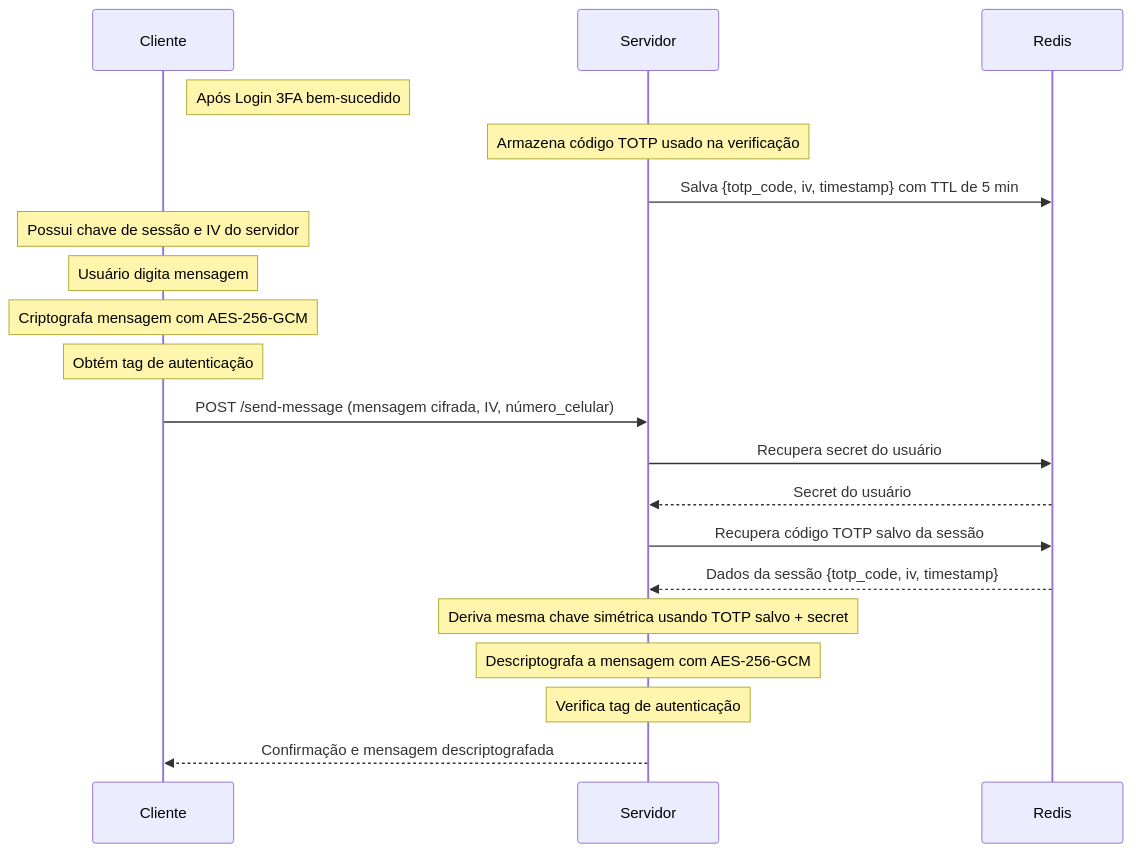
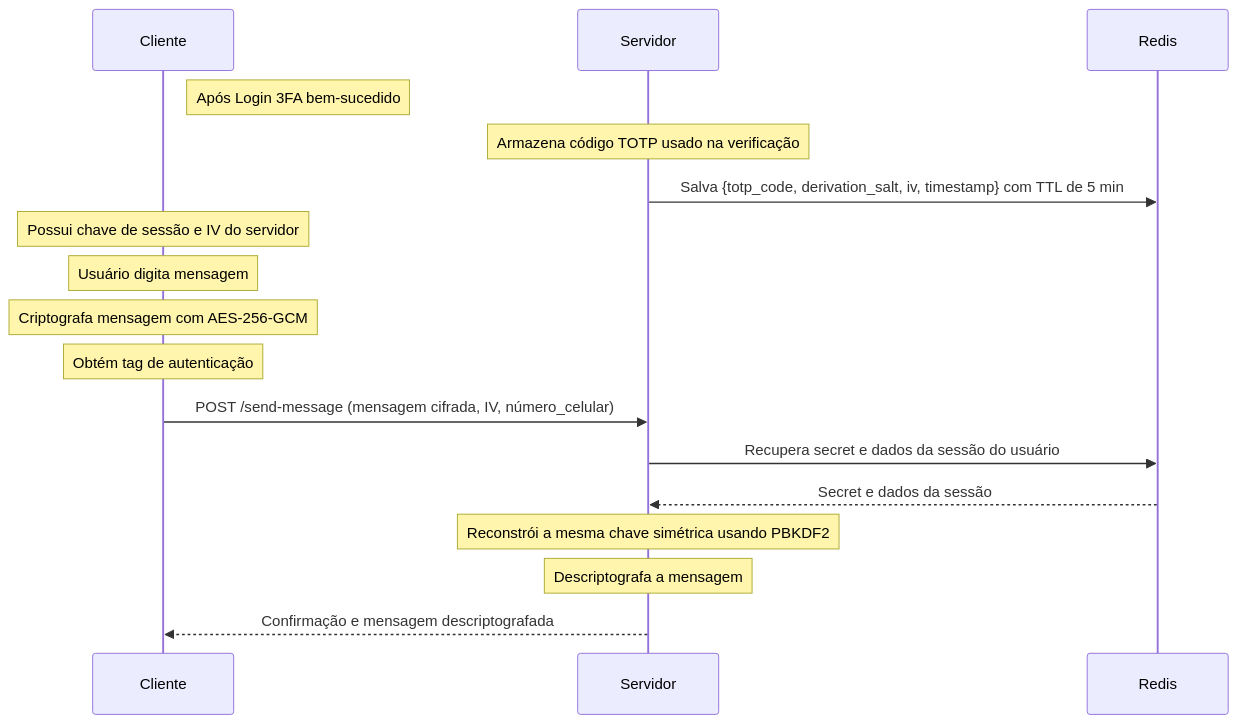
Before and after one commit to lgahdl/3fa-server-and-client: the third of 3 diagrams in README.md, drawn with Mermaid. The commit also changed other lines of this file and 4 other files, not shown here.

````diff
--- a/README.md
+++ b/README.md
@@ -229,32 +226,27 @@
 ```mermaid
 sequenceDiagram
     participant Cliente
     participant Servidor
     participant Redis
 
     Note right of Cliente: Após Login 3FA bem-sucedido
 
     Note over Servidor: Armazena código TOTP usado na verificação
-    Servidor->>Redis: Salva {totp_code, iv, timestamp} com TTL de 5 min
+    Servidor->>Redis: Salva {totp_code, derivation_salt, iv, timestamp} com TTL de 5 min
     
     Note over Cliente: Possui chave de sessão e IV do servidor
     Note over Cliente: Usuário digita mensagem
     
     Note over Cliente: Criptografa mensagem com AES-256-GCM
     Note over Cliente: Obtém tag de autenticação
     
     Cliente->>Servidor: POST /send-message (mensagem cifrada, IV, número_celular)
     
-    Servidor->>Redis: Recupera secret do usuário
-    Redis-->>Servidor: Secret do usuário
+    Servidor->>Redis: Recupera secret e dados da sessão do usuário
+    Redis-->>Servidor: Secret e dados da sessão
     
-    Servidor->>Redis: Recupera código TOTP salvo da sessão
-    Redis-->>Servidor: Dados da sessão {totp_code, iv, timestamp}
-    
-    Note over Servidor: Deriva mesma chave simétrica usando TOTP salvo + secret
-    
-    Note over Servidor: Descriptografa a mensagem com AES-256-GCM
-    Note over Servidor: Verifica tag de autenticação
+    Note over Servidor: Reconstrói a mesma chave simétrica usando PBKDF2
+    Note over Servidor: Descriptografa a mensagem
     
     Servidor-->>Cliente: Confirmação e mensagem descriptografada
 ``` 
````
